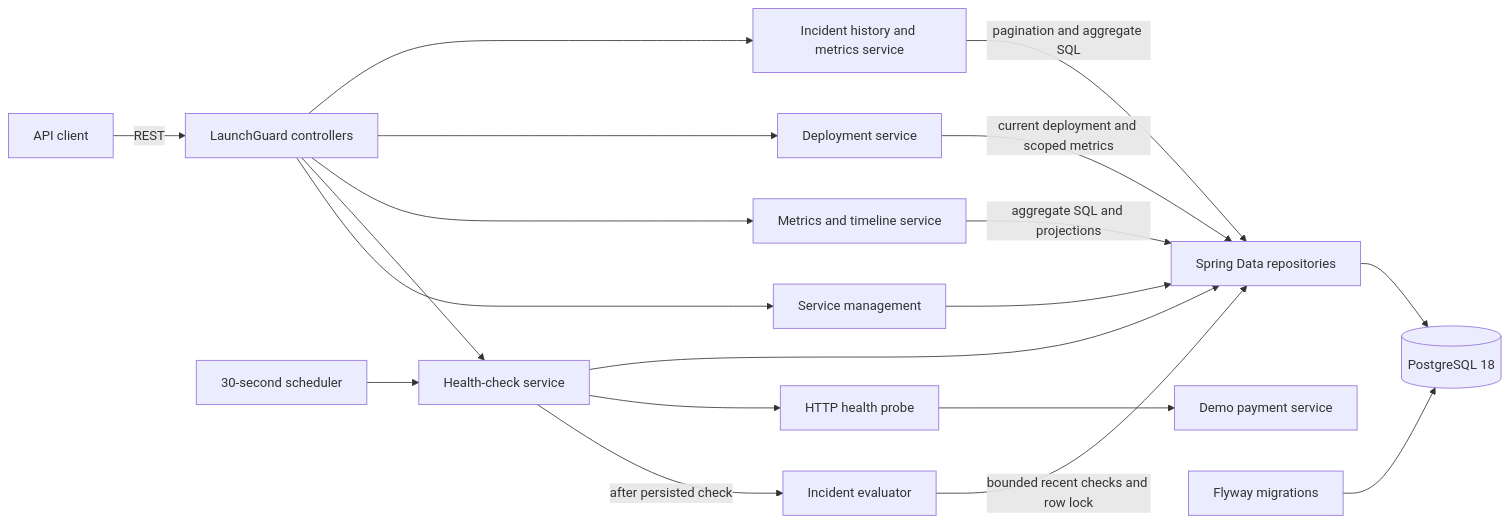
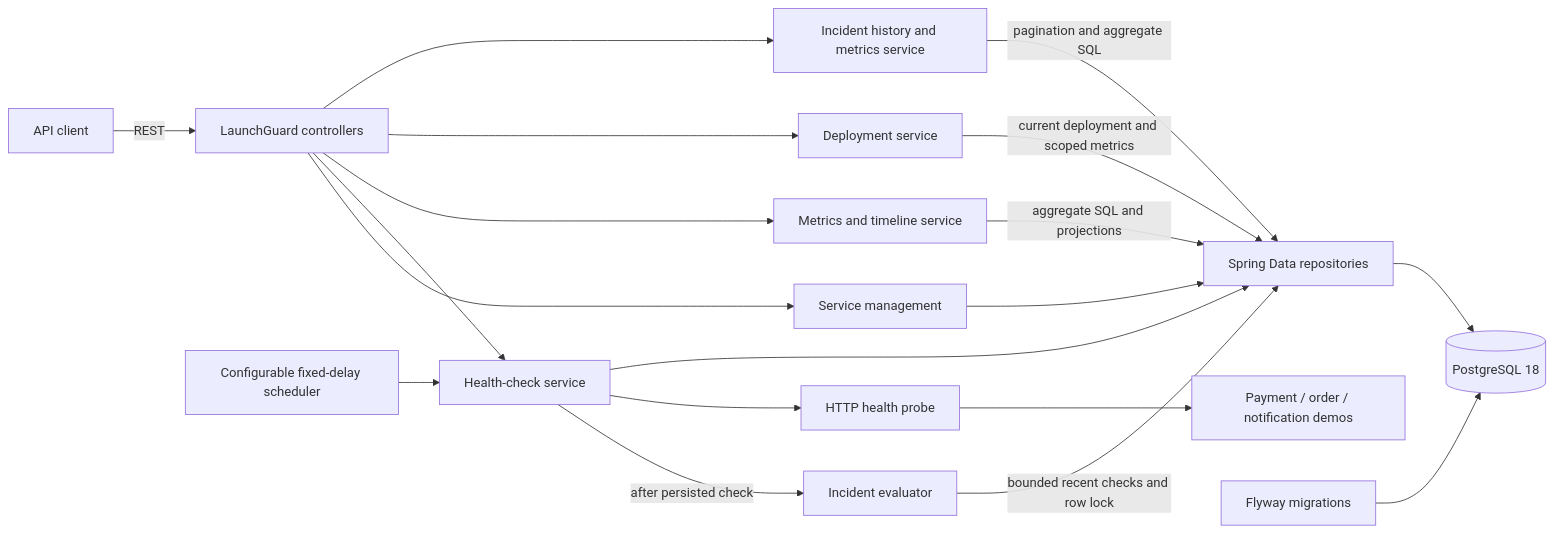
One commit to doctor277/launchguard changed the second of 4 diagrams in README.md. Above: the diagram before and after it, drawn with Mermaid. The commit also changed other lines of this file and 26 other files, not shown here.

````diff
--- a/README.md
+++ b/README.md
@@ -47,21 +78,21 @@
 ```mermaid
 flowchart LR
     Client[API client] -->|REST| API[LaunchGuard controllers]
-    Scheduler[30-second scheduler] --> Engine[Health-check service]
+    Scheduler[Configurable fixed-delay scheduler] --> Engine[Health-check service]
     API --> Services[Service management]
     API --> Engine
     API --> Analytics[Metrics and timeline service]
     API --> Deployments[Deployment service]
     API --> Incidents[Incident history and metrics service]
     Engine -->|after persisted check| Evaluator[Incident evaluator]
     Services --> Repositories[Spring Data repositories]
     Engine --> Probe[HTTP health probe]
     Engine --> Repositories
     Analytics -->|aggregate SQL and projections| Repositories
     Deployments -->|current deployment and scoped metrics| Repositories
     Incidents -->|pagination and aggregate SQL| Repositories
     Evaluator -->|bounded recent checks and row lock| Repositories
-    Probe --> Payment[Demo payment service]
+    Probe --> Demos[Payment / order / notification demos]
     Repositories --> PostgreSQL[(PostgreSQL 18)]
     Flyway[Flyway migrations] --> PostgreSQL
 ```
````
